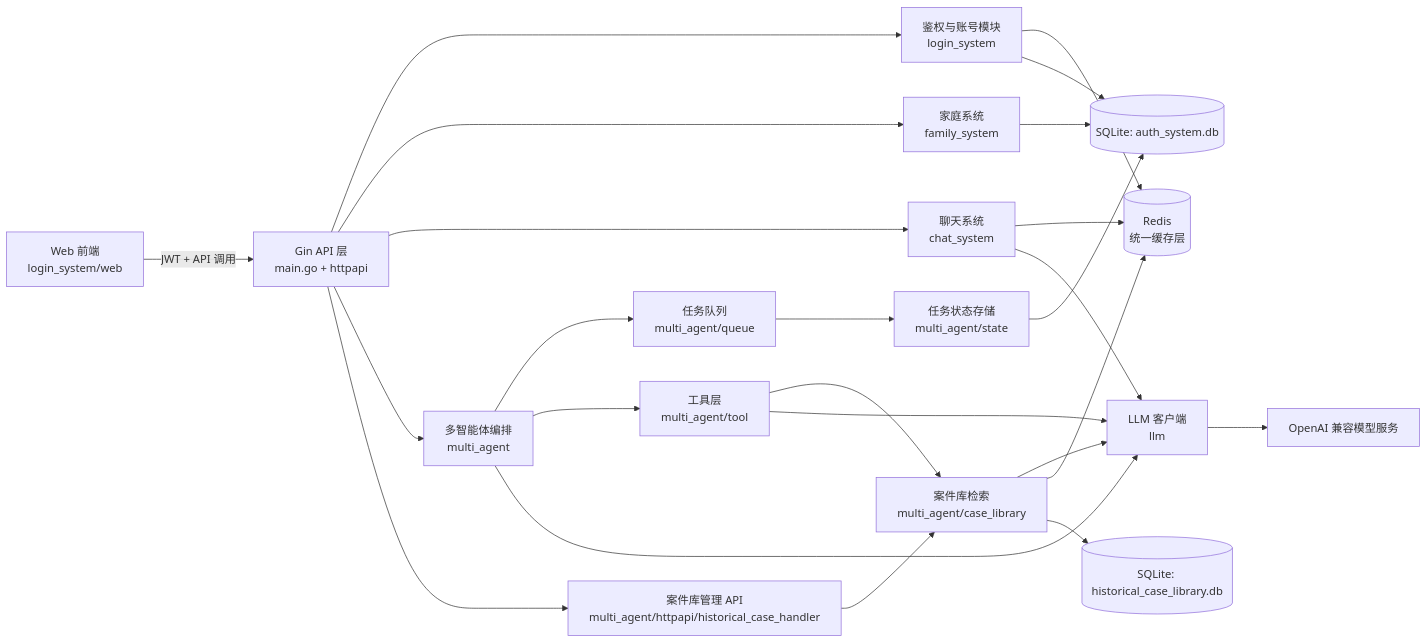
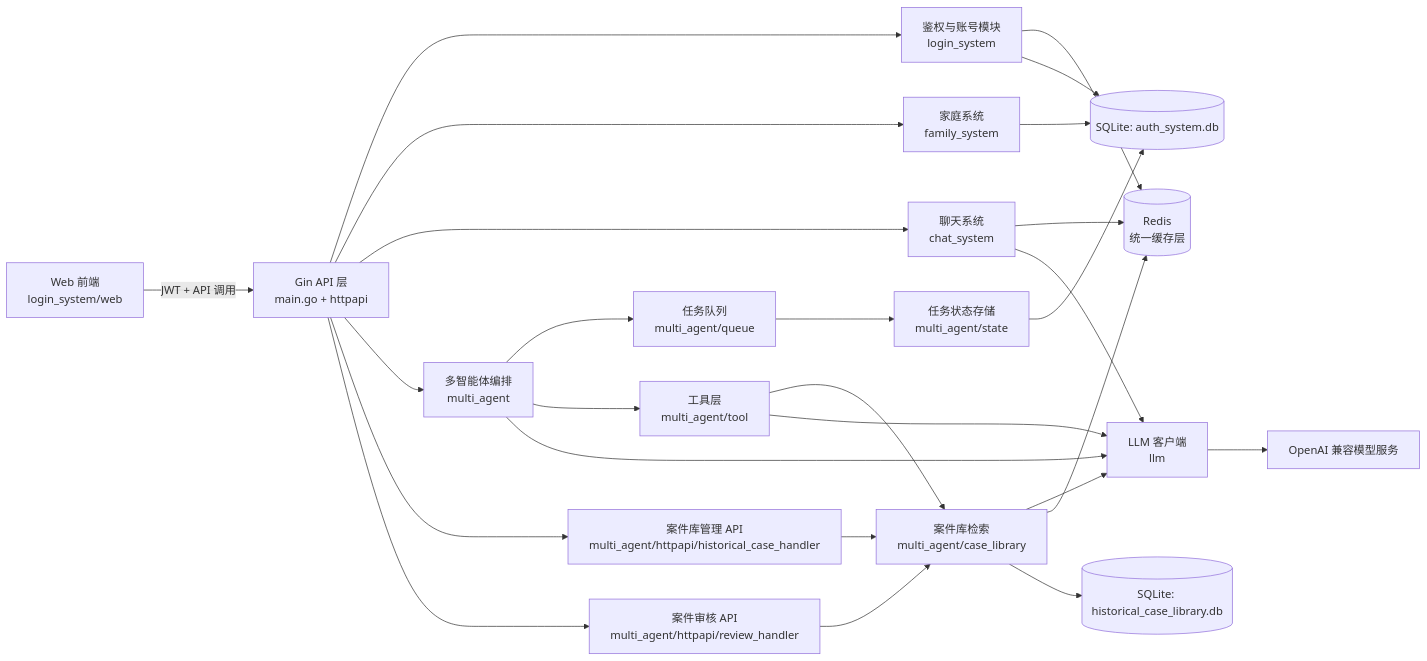
The first of 2 diagrams in README.md (Yyzfddsdf/AntiFraud-AI-Assistant), drawn with Mermaid before and after one commit. The commit also changed other lines of this file and 11 other files, not shown here.

````diff
--- a/README.md
+++ b/README.md
@@ -107,30 +107,32 @@
 ```mermaid
 flowchart LR
     U[Web 前端<br/>login_system/web] -->|JWT + API 调用| G[Gin API 层<br/>main.go + httpapi]
     G --> A[鉴权与账号模块<br/>login_system]
     G --> F[家庭系统<br/>family_system]
     G --> C[聊天系统<br/>chat_system]
     G --> M[多智能体编排<br/>multi_agent]
     G --> L[案件库管理 API<br/>multi_agent/httpapi/historical_case_handler]
+    G --> RV[案件审核 API<br/>multi_agent/httpapi/review_handler]
 
     C --> R[(Redis<br/>统一缓存层)]
     A --> R
     C --> O[LLM 客户端<br/>llm]
 
     M --> Q[任务队列<br/>multi_agent/queue]
     Q --> S[任务状态存储<br/>multi_agent/state]
     M --> T[工具层<br/>multi_agent/tool]
     T --> CL[案件库检索<br/>multi_agent/case_library]
     M --> O
     T --> O
     CL --> O
     CL --> R
 
     A --> DB1[(SQLite: auth_system.db)]
     F --> DB1
     S --> DB1
     CL --> DB2[(SQLite: historical_case_library.db)]
     L --> CL
+    RV --> CL
 
     O --> X[OpenAI 兼容模型服务]
 ```
````
